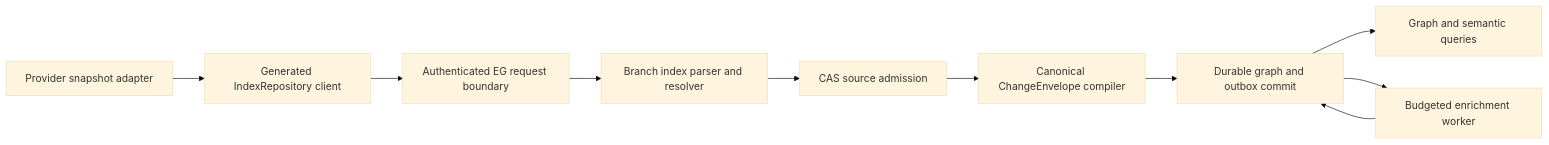
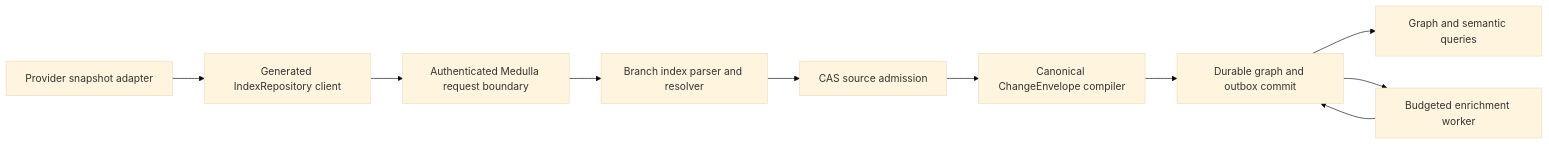
One commit to Knuckles-Team/epistemic-graph changed the diagram in specs/repository-index-and-ingestion/plan.md. Above: the diagram before and after it, drawn with Mermaid (base theme). The commit also changed other lines of this file and 178 other files, not shown here.

````diff
--- a/specs/repository-index-and-ingestion/plan.md
+++ b/specs/repository-index-and-ingestion/plan.md
@@ -37,12 +37,12 @@
 ```mermaid
 flowchart LR
   P[Provider snapshot adapter] --> S[Generated IndexRepository client]
-  S --> A[Authenticated EG request boundary]
+  S --> A[Authenticated Medulla request boundary]
   A --> I[Branch index parser and resolver]
   I --> C[CAS source admission]
   C --> E[Canonical ChangeEnvelope compiler]
   E --> D[Durable graph and outbox commit]
   D --> Q[Graph and semantic queries]
   D --> W[Budgeted enrichment worker]
   W --> D
 ```
````
